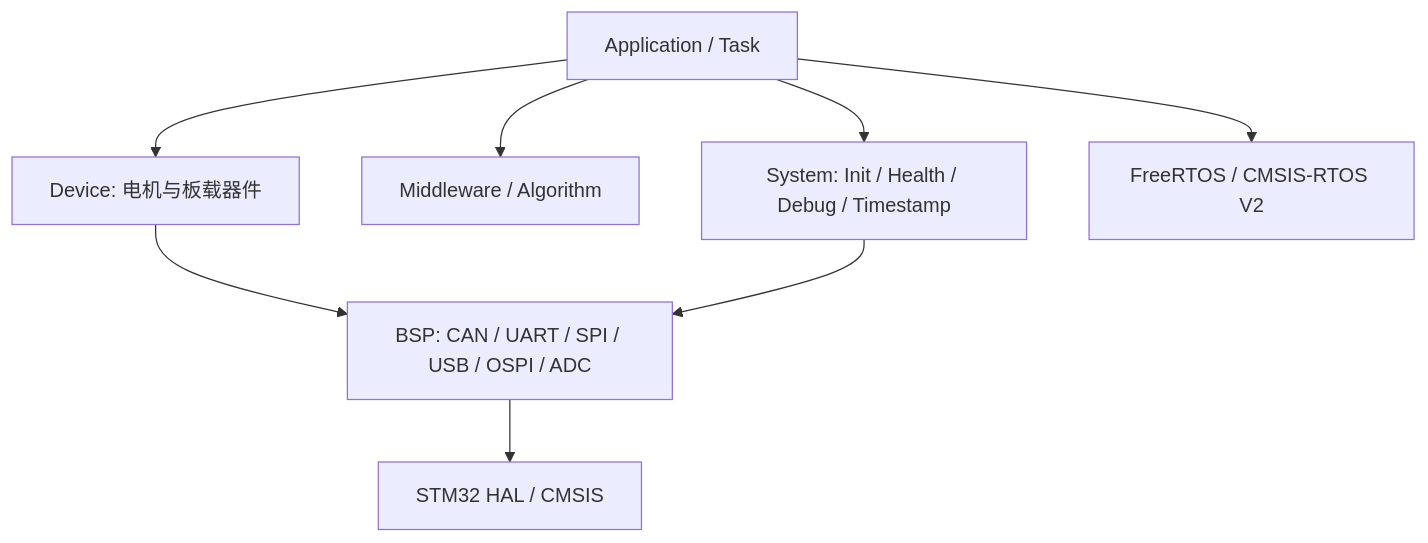
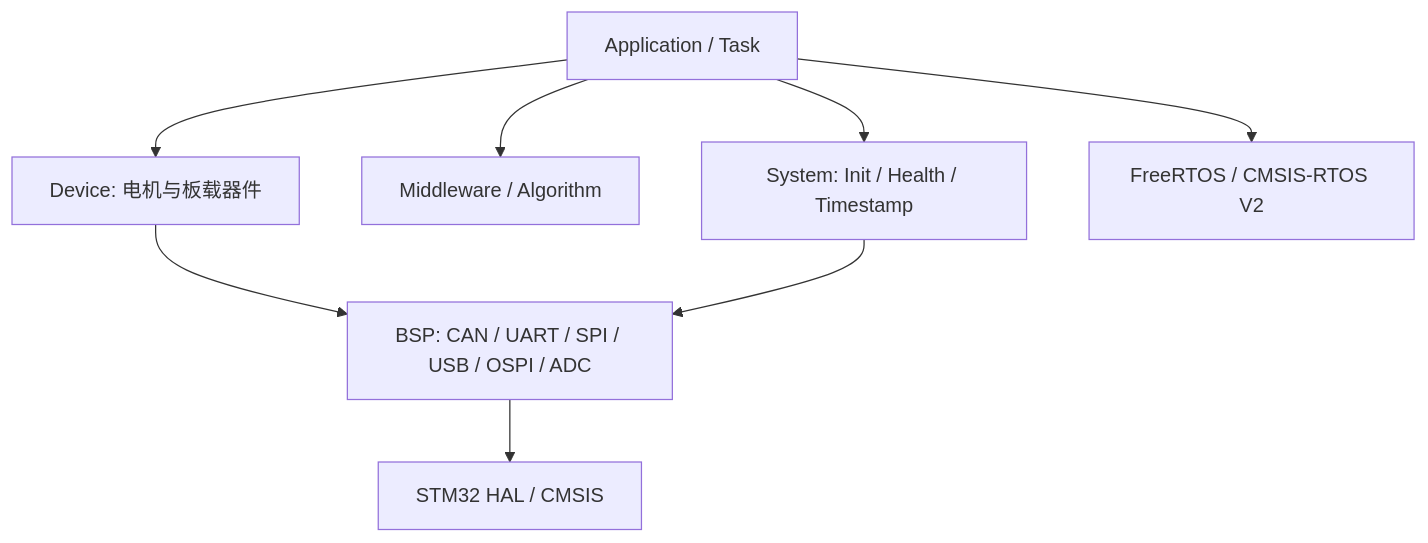
One commit to MermaidFAR/H7_BSP changed the diagram in README.md. Above: the diagram before and after it, drawn with Mermaid. The commit also changed other lines of this file and 100 other files, not shown here.

````diff
--- a/README.md
+++ b/README.md
@@ -80,10 +80,10 @@
 ```mermaid
 graph TD
     App[Application / Task] --> Device["Device: 电机与板载器件"]
     App --> Algo[Middleware / Algorithm]
-    App --> Sys["System: Init / Health / Debug / Timestamp"]
+    App --> Sys["System: Init / Health / Timestamp"]
     Device --> BSP["BSP: CAN / UART / SPI / USB / OSPI / ADC"]
     Sys --> BSP
     BSP --> HAL[STM32 HAL / CMSIS]
     App --> RTOS[FreeRTOS / CMSIS-RTOS V2]
 ```
````
